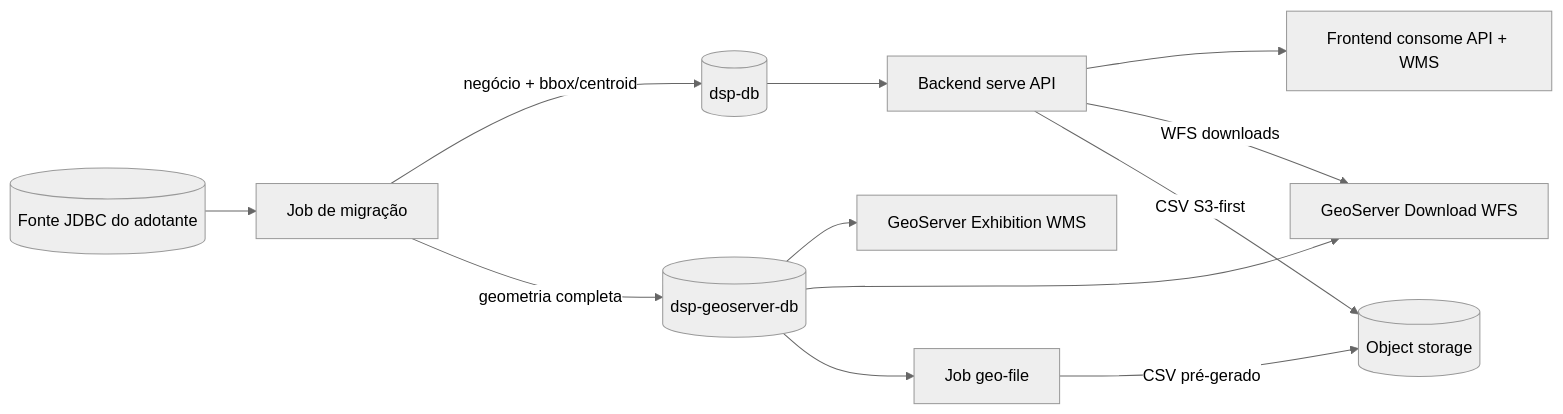
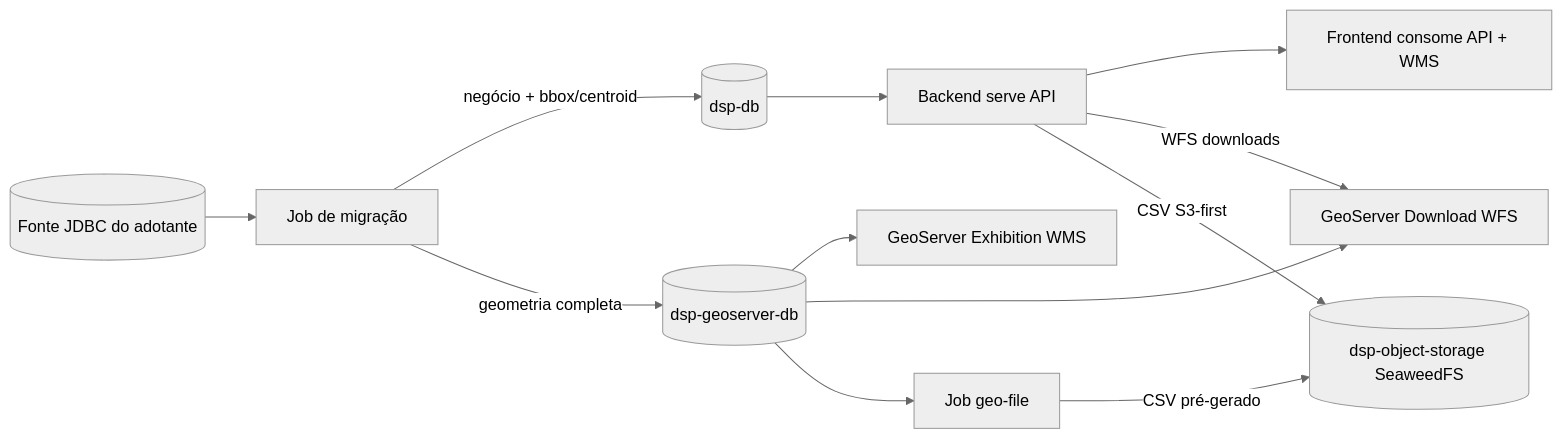
One commit to kleber-albino/rer-dsp-docs changed the second of 3 diagrams in docs/modules/core.md. Above: the diagram before and after it, drawn with Mermaid (neutral theme). The commit also changed other lines of this file and 1 other file, not shown here.

First line of the commit message:
docs: add SeaweedFS object storage and integration details

````diff
--- a/docs/modules/core.md
+++ b/docs/modules/core.md
@@ -153,14 +157,14 @@
 ```mermaid
 flowchart LR
   src[(Fonte JDBC do adotante)] --> job[Job de migração]
   job -->|"negócio + bbox/centroid"| dspdb[(dsp-db)]
   job -->|"geometria completa"| exdb[(dsp-geoserver-db)]
   exdb --> gsEx[GeoServer Exhibition WMS]
   exdb --> gsDl[GeoServer Download WFS]
   exdb --> geoFile[Job geo-file]
-  geoFile -->|CSV pré-gerado| s3[(Object storage)]
+  geoFile -->|CSV pré-gerado| s3[(dsp-object-storage SeaweedFS)]
   dspdb --> be[Backend serve API]
   be --> fe[Frontend consome API + WMS]
   be -->|WFS downloads| gsDl
   be -->|CSV S3-first| s3
 ```
````
